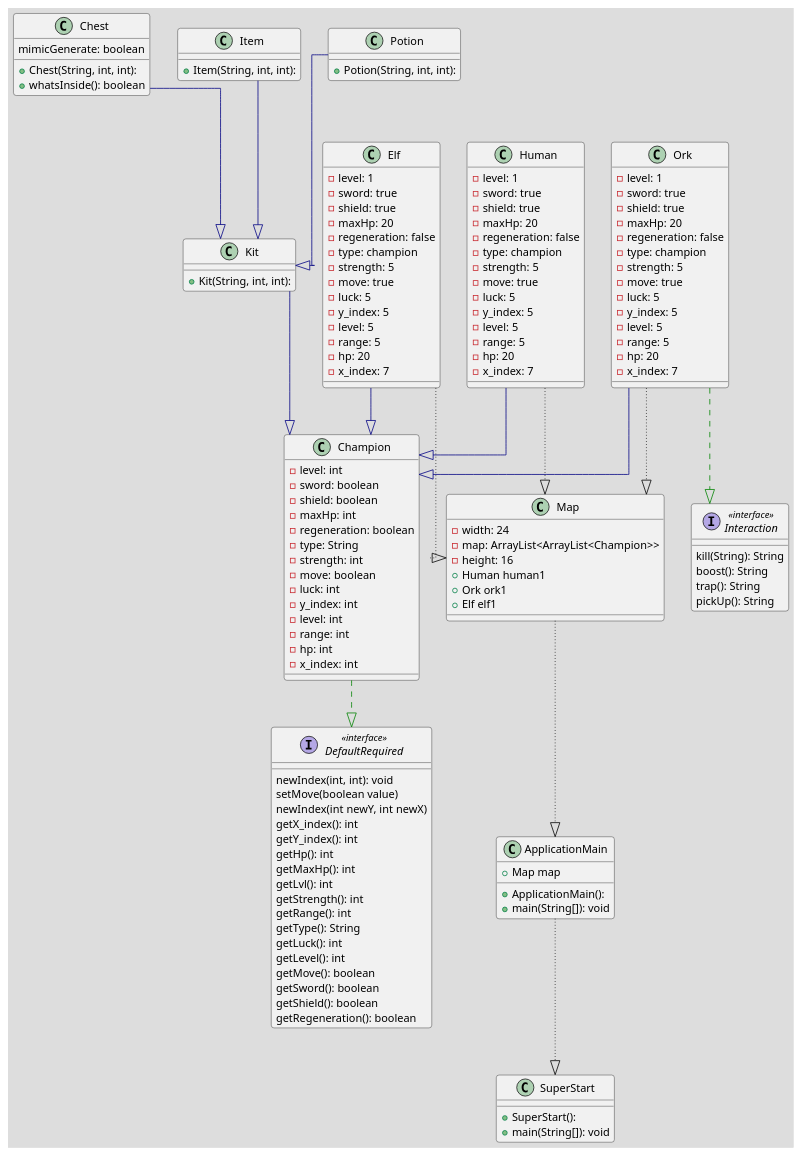
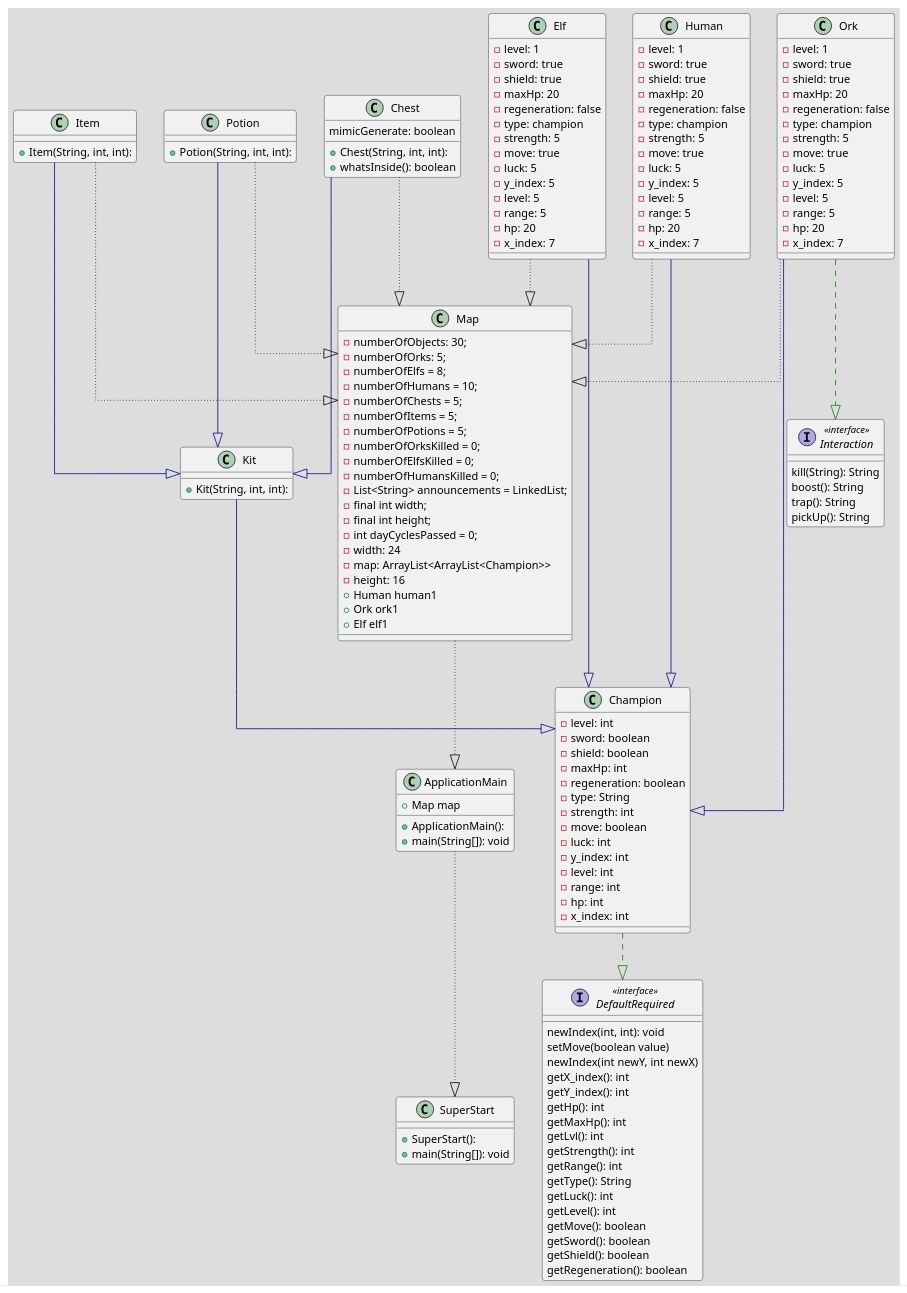
One commit to mikus3363/SymulatorPolaBitwy-OOP-project changed the diagram in SymulatorPolaBitwy-OOP-Project-New-Class.plantuml. Above: the diagram before and after it, drawn with PlantUML.

Commit message:
Poprawki

```diff
--- a/SymulatorPolaBitwy-OOP-Project-New-Class.plantuml
+++ b/SymulatorPolaBitwy-OOP-Project-New-Class.plantuml
@@ -1,145 +1,162 @@
 @startuml
 
 !theme toy
 top to bottom direction
 skinparam linetype ortho
 
 class ApplicationMain {
    + Map map
   + ApplicationMain(): 
   + main(String[]): void
 }
 class Champion {
   - level: int
   - sword: boolean
   - shield: boolean
   - maxHp: int
   - regeneration: boolean
   - type: String
   - strength: int
   - move: boolean
   - luck: int
   - y_index: int
   - level: int
   - range: int
   - hp: int
   - x_index: int
 }
 class Chest {
   + Chest(String, int, int): 
   + whatsInside(): boolean
    mimicGenerate: boolean
 }
 interface DefaultRequired << interface >> {
   newIndex(int, int): void
    setMove(boolean value)
    newIndex(int newY, int newX)
    getX_index(): int
    getY_index(): int
    getHp(): int
    getMaxHp(): int
    getLvl(): int
    getStrength(): int
    getRange(): int
     getType(): String
     getLuck(): int
     getLevel(): int
     getMove(): boolean
     getSword(): boolean
     getShield(): boolean
     getRegeneration(): boolean
 
 }
 class Elf {
   - level: 1
    - sword: true
    - shield: true
    - maxHp: 20
     - regeneration: false
     - type: champion
     - strength: 5
     - move: true
     - luck: 5
     - y_index: 5
     - level: 5
     - range: 5
     - hp: 20
     - x_index: 7
 }
 class Human {
   - level: 1
    - sword: true
    - shield: true
    - maxHp: 20
     - regeneration: false
     - type: champion
     - strength: 5
     - move: true
     - luck: 5
     - y_index: 5
     - level: 5
     - range: 5
     - hp: 20
     - x_index: 7
 }
 interface Interaction << interface >> {
    kill(String): String
    boost(): String
    trap(): String
    pickUp(): String
 }
 class Item {
   + Item(String, int, int): 
 }
 class Kit {
   + Kit(String, int, int): 
 }
 class Map {
+    -  numberOfObjects: 30;
+    -  numberOfOrks: 5;
+    -  numberOfElfs = 8;
+    -  numberOfHumans = 10;
+    -  numberOfChests = 5;
+    -  numberOfItems = 5;
+    -  numberOfPotions = 5;
+    -  numberOfOrksKilled = 0;
+    - numberOfElfsKilled = 0;
+    - numberOfHumansKilled = 0;
+    - List<String> announcements = LinkedList;
+    - final int width;
+    - final int height;
+    - int dayCyclesPassed = 0;
   - width: 24
   - map: ArrayList<ArrayList<Champion>>
   - height: 16
   + Human human1
   + Ork ork1
   + Elf elf1
 }
 class Ork {
   - level: 1
    - sword: true
    - shield: true
    - maxHp: 20
     - regeneration: false
     - type: champion
     - strength: 5
     - move: true
     - luck: 5
     - y_index: 5
     - level: 5
     - range: 5
     - hp: 20
     - x_index: 7
 }
 class Potion {
   + Potion(String, int, int): 
 }
 class SuperStart {
   + SuperStart(): 
   + main(String[]): void
 }
 
 Map         -[#000000,dotted]-^  ApplicationMain
 Elf              -[#000000,dotted]-^  Map
 Ork              -[#000000,dotted]-^  Map
 Human            -[#000000,dotted]-^  Map
+Potion              -[#000000,dotted]-^  Map
+Chest              -[#000000,dotted]-^  Map
+Item            -[#000000,dotted]-^  Map
 ApplicationMain            -[#000000,dotted]-^  SuperStart
 
 
 Champion         -[#008200,dashed]-^  DefaultRequired 
 Chest            -[#000082,plain]-^  Kit             
 Elf              -[#000082,plain]-^  Champion        
 Human            -[#000082,plain]-^  Champion        
 Item             -[#000082,plain]-^  Kit             
 Kit              -[#000082,plain]-^  Champion        
 Ork              -[#000082,plain]-^  Champion        
 Ork              -[#008200,dashed]-^  Interaction     
 Potion           -[#000082,plain]-^  Kit             
 @enduml
```
